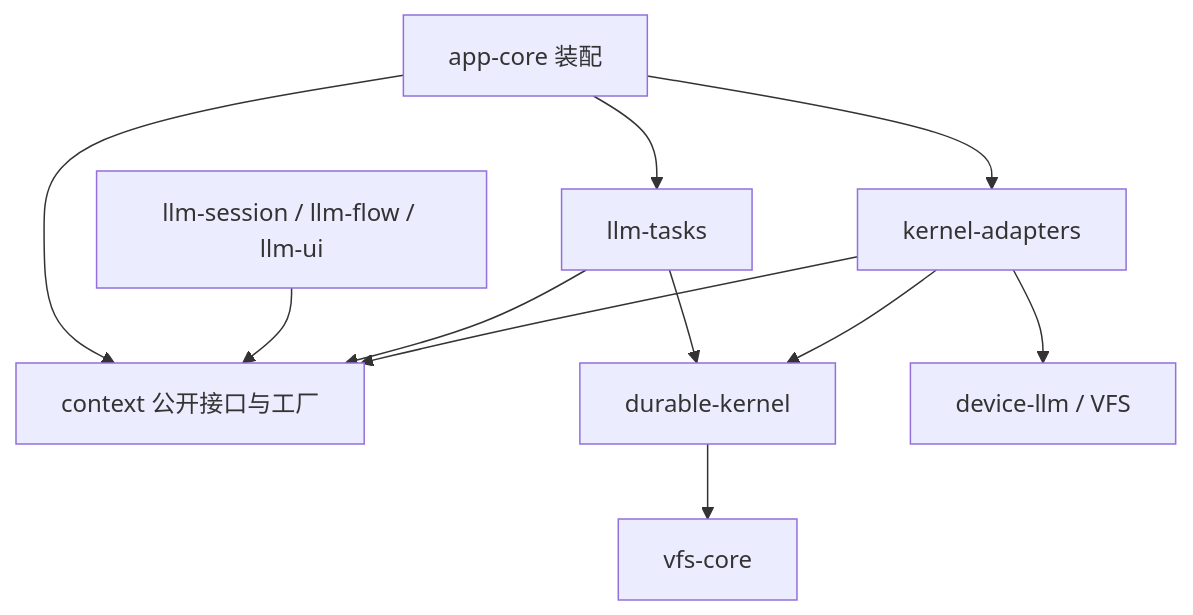
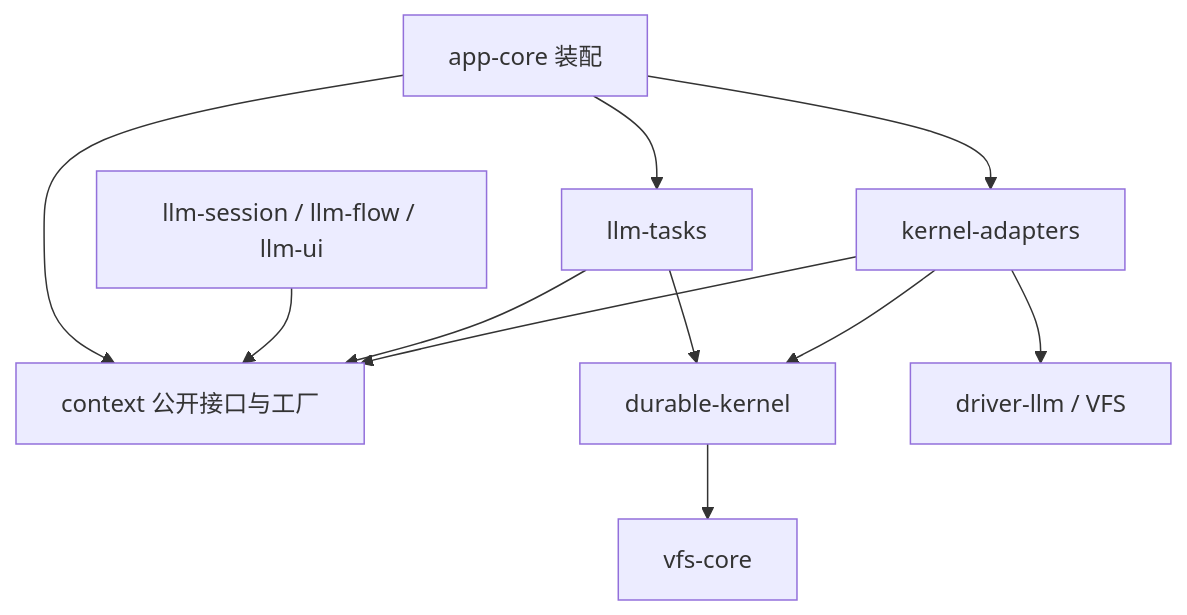
The first of 2 diagrams in doc/design/context-module.md (mushuanli/itookit), drawn with Mermaid before and after one commit. The commit also changed other lines of this file and 276 other files, not shown here.

Commit message:
feat(llm): isolate model driver and consolidate host adapters

````diff
--- a/doc/design/context-module.md
+++ b/doc/design/context-module.md
@@ -82,13 +82,13 @@
 ```mermaid
 flowchart TD
   Host[app-core 装配] --> Programs[llm-tasks]
   Host --> Adapters[kernel-adapters]
   Host --> C[context 公开接口与工厂]
   Session[llm-session / llm-flow / llm-ui] --> C
   Programs --> C
   Programs --> K[durable-kernel]
   Adapters --> C
   Adapters --> K
-  Adapters --> Devices[device-llm / VFS]
+  Adapters --> Devices[driver-llm / VFS]
   K --> VFS[vfs-core]
 ```
````
